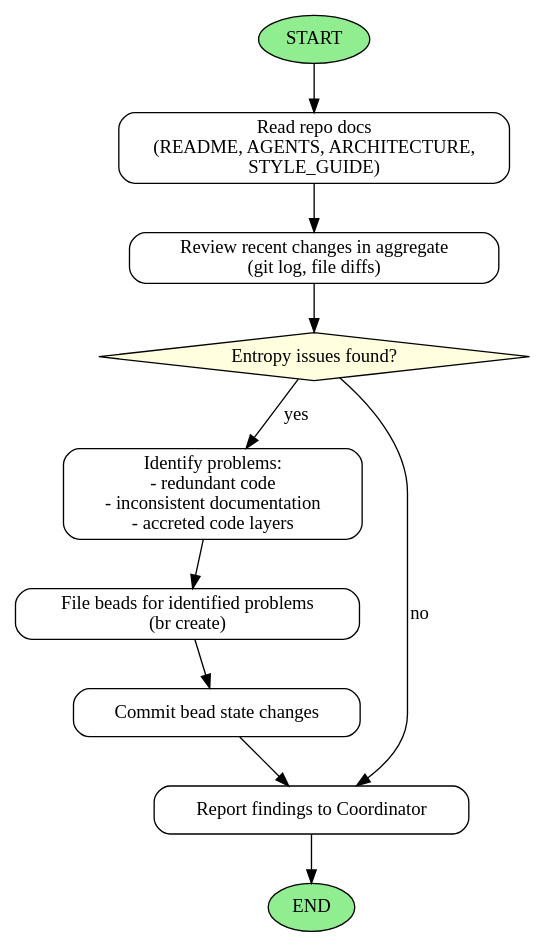
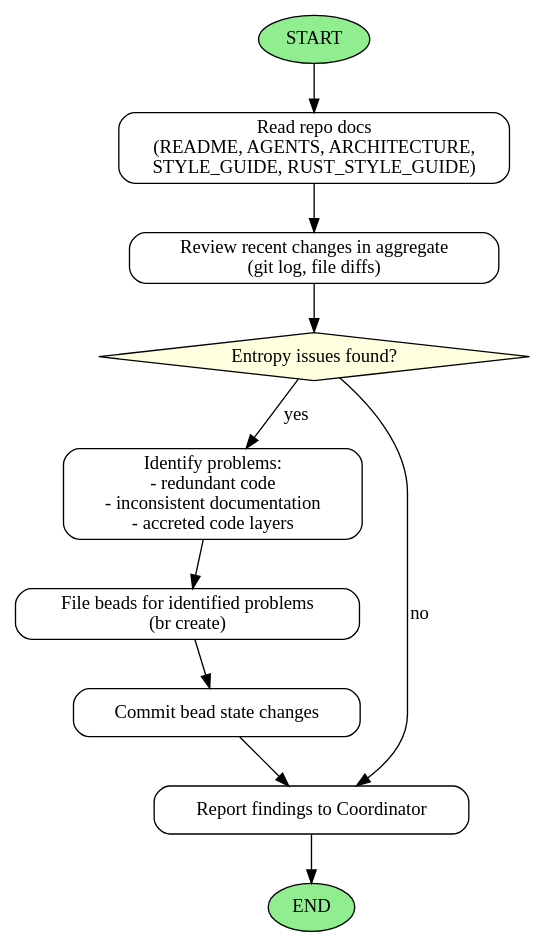
The diagram in .claude/agents/tidy.md (imbue-ai/ratchets), drawn with Graphviz before and after one commit. The commit also changed other lines of this file and 16 other files, not shown here.

````diff
--- a/.claude/agents/tidy.md
+++ b/.claude/agents/tidy.md
@@ -50,21 +50,21 @@
 ```dot
 digraph TidyAgentWorkflow {
   rankdir=TB;
   node [shape=box, style=rounded];
 
   START [shape=ellipse, style=filled, fillcolor=lightgreen];
-  READ_DOCS [label="Read repo docs\n(README, AGENTS, ARCHITECTURE,\nSTYLE_GUIDE)"];
+  READ_DOCS [label="Read repo docs\n(README, AGENTS, ARCHITECTURE,\nSTYLE_GUIDE, RUST_STYLE_GUIDE)"];
   REVIEW_CHANGES [label="Review recent changes in aggregate\n(git log, file diffs)"];
   CHECK_ENTROPY [shape=diamond, style=filled, fillcolor=lightyellow, label="Entropy issues found?"];
   IDENTIFY_PROBLEMS [label="Identify problems:\n- redundant code\n- inconsistent documentation\n- accreted code layers"];
   FILE_BEADS [label="File beads for identified problems\n(br create)"];
   COMMIT_BEADS [label="Commit bead state changes"];
   REPORT [label="Report findings to Coordinator"];
   END [shape=ellipse, style=filled, fillcolor=lightgreen];
 
   START -> READ_DOCS -> REVIEW_CHANGES -> CHECK_ENTROPY;
   CHECK_ENTROPY -> IDENTIFY_PROBLEMS [label="yes"];
   IDENTIFY_PROBLEMS -> FILE_BEADS -> COMMIT_BEADS -> REPORT -> END;
   CHECK_ENTROPY -> REPORT [label="no"];
 }
 ```
````
